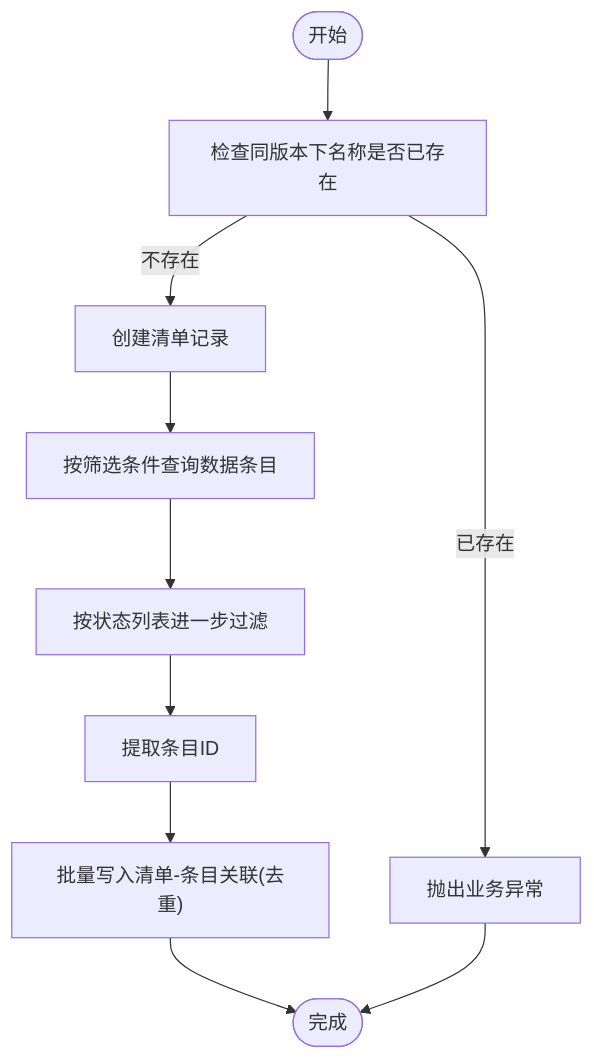
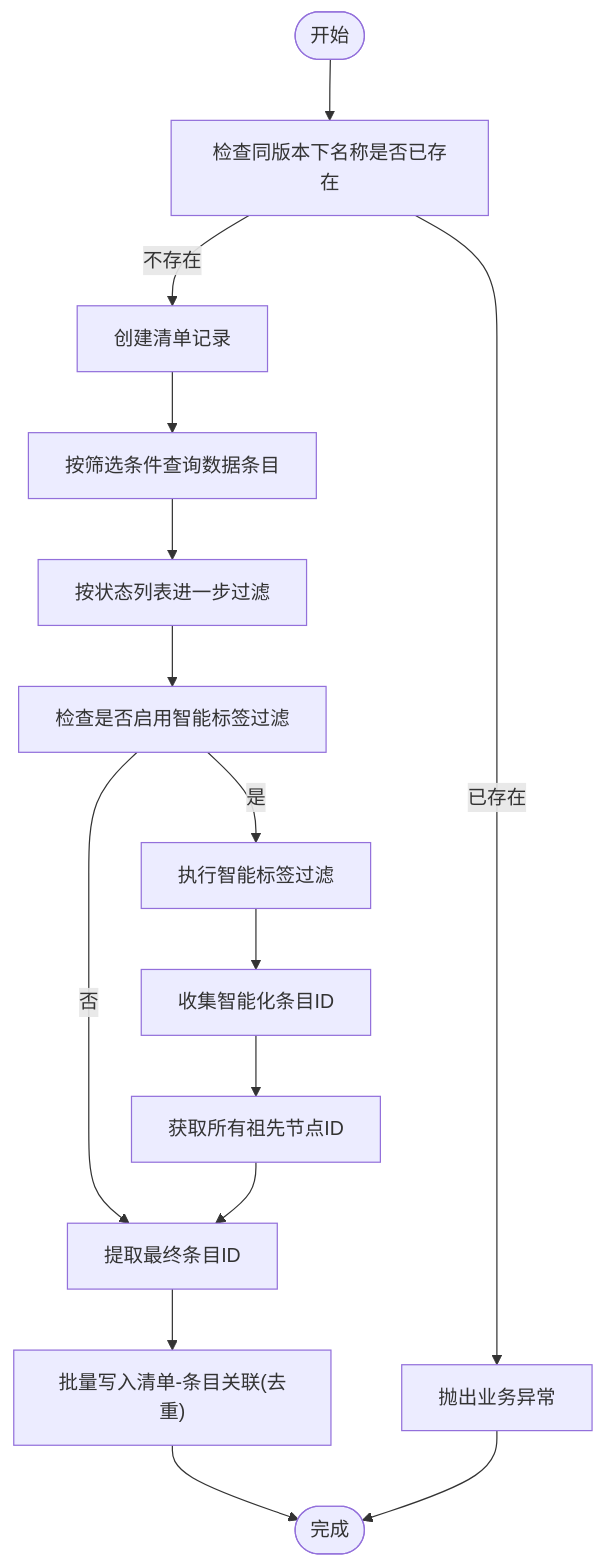
Before and after one commit to kinke0/ProductList: the fourth of 7 diagrams in .qoder/repowiki/zh/content/功能模块详解/自定义标签系统.md, drawn with Mermaid. The commit also changed other lines of this file and 106 other files, not shown here.

Commit message:
V1.1.0: 修复清单导航树不匹配+统计视图加载遮罩+上下移提示

````diff
--- a/.qoder/repowiki/zh/content/功能模块详解/自定义标签系统.md
+++ b/.qoder/repowiki/zh/content/功能模块详解/自定义标签系统.md
@@ -213,12 +240,17 @@
 ```mermaid
 flowchart TD
 Start(["开始"]) --> CheckName["检查同版本下名称是否已存在"]
 CheckName --> |已存在| ThrowErr["抛出业务异常"]
 CheckName --> |不存在| CreateTab["创建清单记录"]
 CreateTab --> QueryEntries["按筛选条件查询数据条目"]
 QueryEntries --> FilterStatus["按状态列表进一步过滤"]
-FilterStatus --> ExtractIds["提取条目ID"]
+FilterStatus --> CheckIntelligent["检查是否启用智能标签过滤"]
+CheckIntelligent --> |是| FilterIntelligent["执行智能标签过滤"]
+CheckIntelligent --> |否| ExtractIds["提取条目ID"]
+FilterIntelligent --> CollectIntelligent["收集智能化条目ID"]
+CollectIntelligent --> GetAncestors["获取所有祖先节点ID"]
+GetAncestors --> ExtractIds["提取最终条目ID"]
 ExtractIds --> BatchUpsert["批量写入清单-条目关联(去重)"]
 BatchUpsert --> Done(["完成"])
 ThrowErr --> Done
 ```
````
